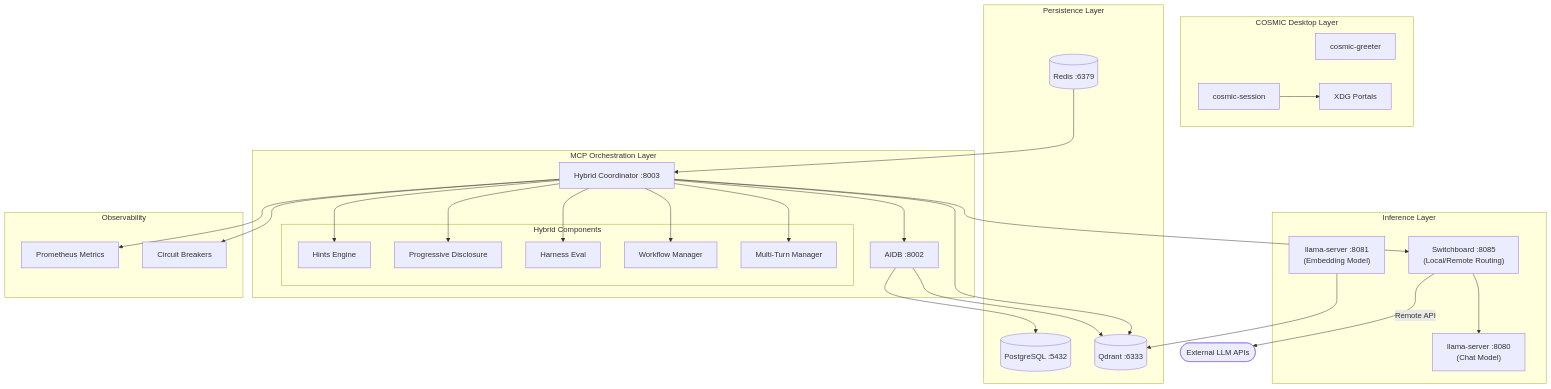
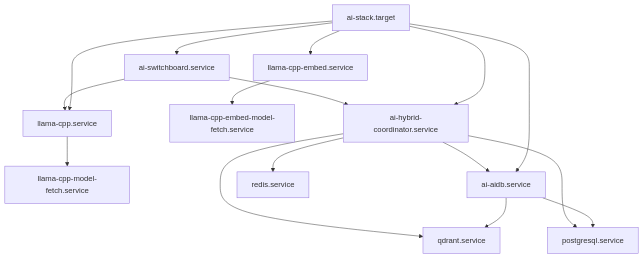
One commit to MasterofNull/NixOS-Dev-Quick-Deploy changed the second of 3 diagrams in docs/architecture/AI-STACK-ARCHITECTURE.md. Above: the diagram before and after it, drawn with Mermaid. The commit also changed other lines of this file and 4 other files, not shown here.

First line of the commit message:
docs(arch): senior revamp — system map, routing flow, relational graph

````diff
--- a/docs/architecture/AI-STACK-ARCHITECTURE.md
+++ b/docs/architecture/AI-STACK-ARCHITECTURE.md
@@ -13,63 +230,18 @@
 ```mermaid
-flowchart TB
-    subgraph Desktop["COSMIC Desktop Layer"]
-        cosmic-greeter[cosmic-greeter]
-        cosmic-session[cosmic-session]
-        xdg-portal[XDG Portals]
-    end
-
-    subgraph Inference["Inference Layer"]
-        llama-chat["llama-server :8080<br/>(Chat Model)"]
-        llama-embed["llama-server :8081<br/>(Embedding Model)"]
-        switchboard["Switchboard :8085<br/>(Local/Remote Routing)"]
-    end
-
-    subgraph MCP["MCP Orchestration Layer"]
-        hybrid["Hybrid Coordinator :8003"]
-        aidb["AIDB :8002"]
-
-        subgraph HybridComponents["Hybrid Components"]
-            hints[Hints Engine]
-            disclosure[Progressive Disclosure]
-            harness[Harness Eval]
-            workflow[Workflow Manager]
-            multiturn[Multi-Turn Manager]
-        end
-    end
-
-    subgraph Persistence["Persistence Layer"]
-        postgres[(PostgreSQL :5432)]
-        redis[(Redis :6379)]
-        qdrant[(Qdrant :6333)]
-    end
-
-    subgraph Observability["Observability"]
-        prometheus[Prometheus Metrics]
-        circuit[Circuit Breakers]
-    end
-
-    %% Connections
-    cosmic-session --> xdg-portal
-    switchboard --> llama-chat
-    switchboard --> |Remote API| external([External LLM APIs])
-
-    hybrid --> switchboard
-    hybrid --> aidb
-    hybrid --> qdrant
-
-    aidb --> qdrant
-    aidb --> postgres
-
-    hybrid --> hints
-    hybrid --> disclosure
-    hybrid --> harness
-    hybrid --> workflow
-    hybrid --> multiturn
-
-    llama-embed --> qdrant
-
-    hybrid --> prometheus
-    hybrid --> circuit
-
-    redis --> hybrid
+graph TD
+    A[llama-cpp.service] --> B[llama-cpp-model-fetch.service]
+    C[llama-cpp-embed.service] --> D[llama-cpp-embed-model-fetch.service]
+    E[ai-hybrid-coordinator.service] --> F[qdrant.service]
+    E --> G[ai-aidb.service]
+    E --> H[postgresql.service]
+    E --> I[redis.service]
+    G --> F
+    G --> H
+    J[ai-switchboard.service] --> A
+    J --> E
+    K[ai-stack.target] --> A
+    K --> C
+    K --> E
+    K --> G
+    K --> J
 ```
````
